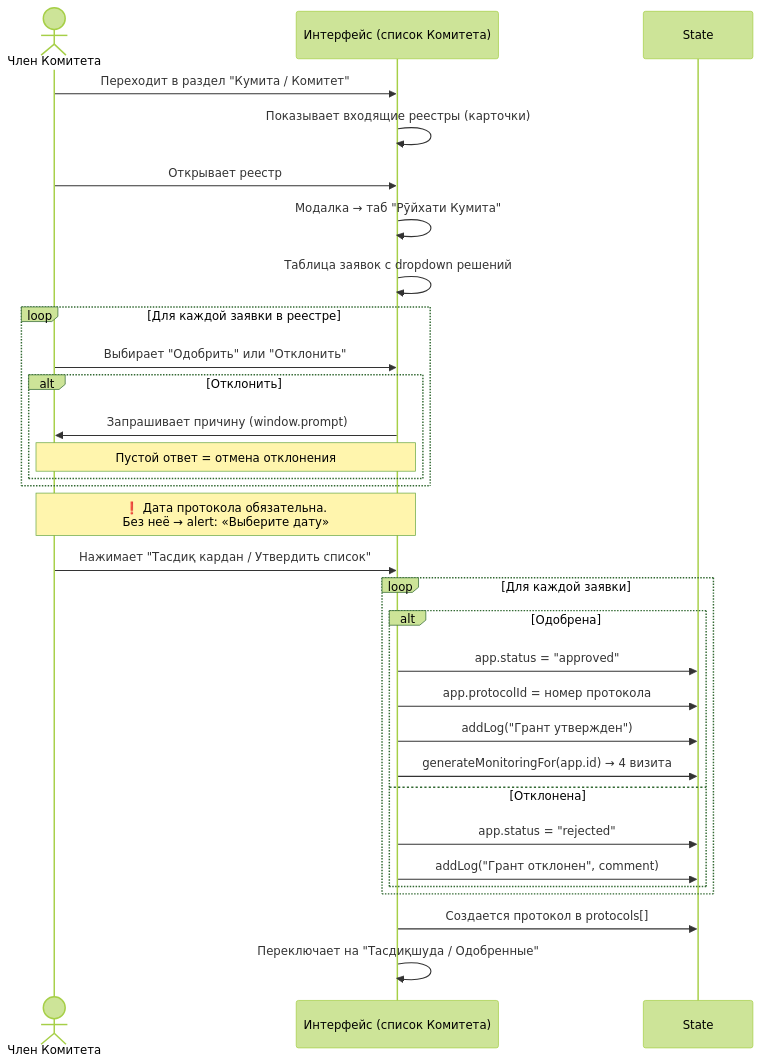
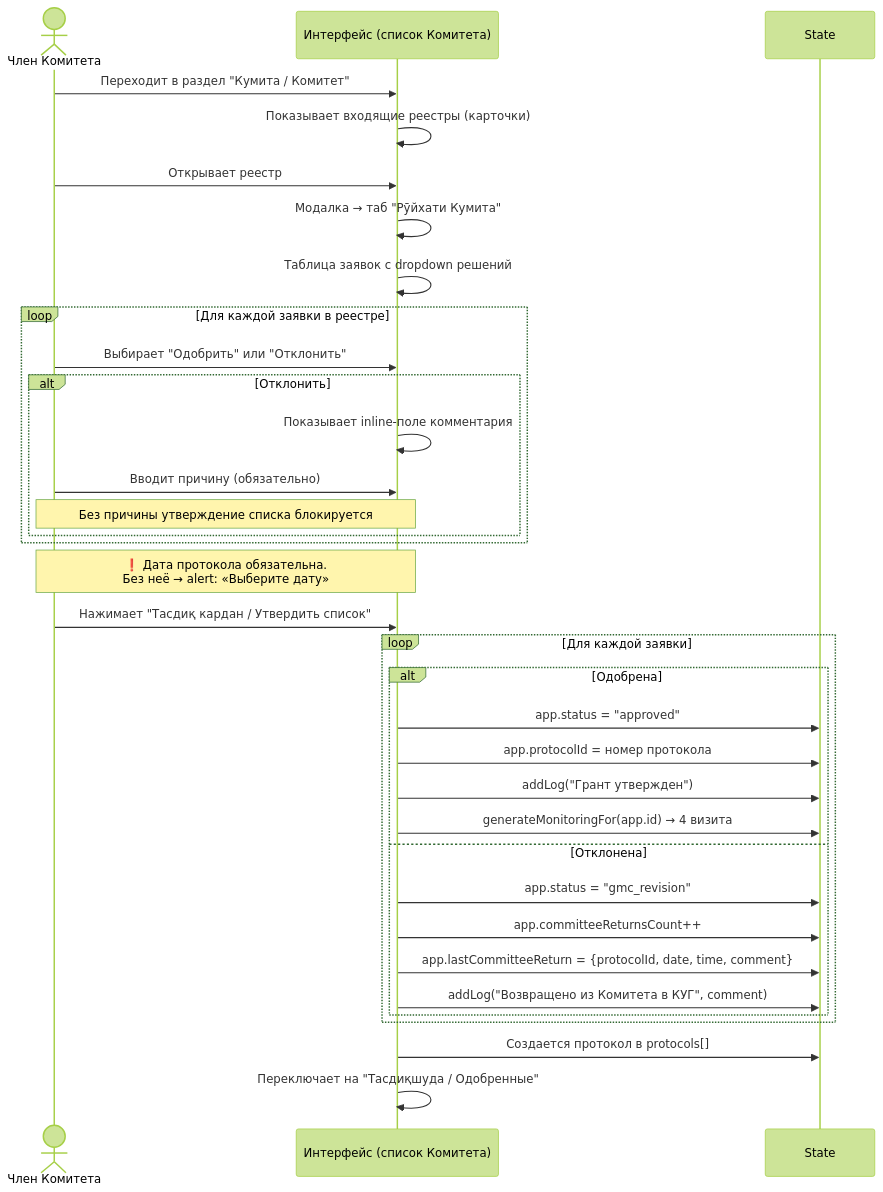
The seventh of 14 diagrams in docs/BUSINESS-PROCESSES.md (fkhokimov-wq/1), drawn with Mermaid (forest theme) before and after one commit. The commit also changed other lines of this file and 10 other files, not shown here.

````diff
--- a/docs/BUSINESS-PROCESSES.md
+++ b/docs/BUSINESS-PROCESSES.md
@@ -302,40 +302,43 @@
 ```mermaid
 sequenceDiagram
     actor К as Член Комитета
     participant UI as Интерфейс (список Комитета)
     participant ST as State
 
     К->>UI: Переходит в раздел "Кумита / Комитет"
     UI->>UI: Показывает входящие реестры (карточки)
     
     К->>UI: Открывает реестр
     UI->>UI: Модалка → таб "Рӯйхати Кумита"
     UI->>UI: Таблица заявок с dropdown решений
 
     loop Для каждой заявки в реестре
         К->>UI: Выбирает "Одобрить" или "Отклонить"
         alt Отклонить
-            UI->>К: Запрашивает причину (window.prompt)
-            Note over К,UI: Пустой ответ = отмена отклонения
+            UI->>UI: Показывает inline-поле комментария
+            К->>UI: Вводит причину (обязательно)
+            Note over К,UI: Без причины утверждение списка блокируется
         end
     end
 
     Note over К,UI: ❗ Дата протокола обязательна.<br/>Без неё → alert: «Выберите дату»
 
     К->>UI: Нажимает "Тасдиқ кардан / Утвердить список"
     
     loop Для каждой заявки
         alt Одобрена
             UI->>ST: app.status = "approved"
             UI->>ST: app.protocolId = номер протокола
             UI->>ST: addLog("Грант утвержден")
             UI->>ST: generateMonitoringFor(app.id) → 4 визита
         else Отклонена
-            UI->>ST: app.status = "rejected"
-            UI->>ST: addLog("Грант отклонен", comment)
+            UI->>ST: app.status = "gmc_revision"
+            UI->>ST: app.committeeReturnsCount++
+            UI->>ST: app.lastCommitteeReturn = {protocolId, date, time, comment}
+            UI->>ST: addLog("Возвращено из Комитета в КУГ", comment)
         end
     end
 
     UI->>ST: Создается протокол в protocols[]
     UI->>UI: Переключает на "Тасдиқшуда / Одобренные"
 ```
````
